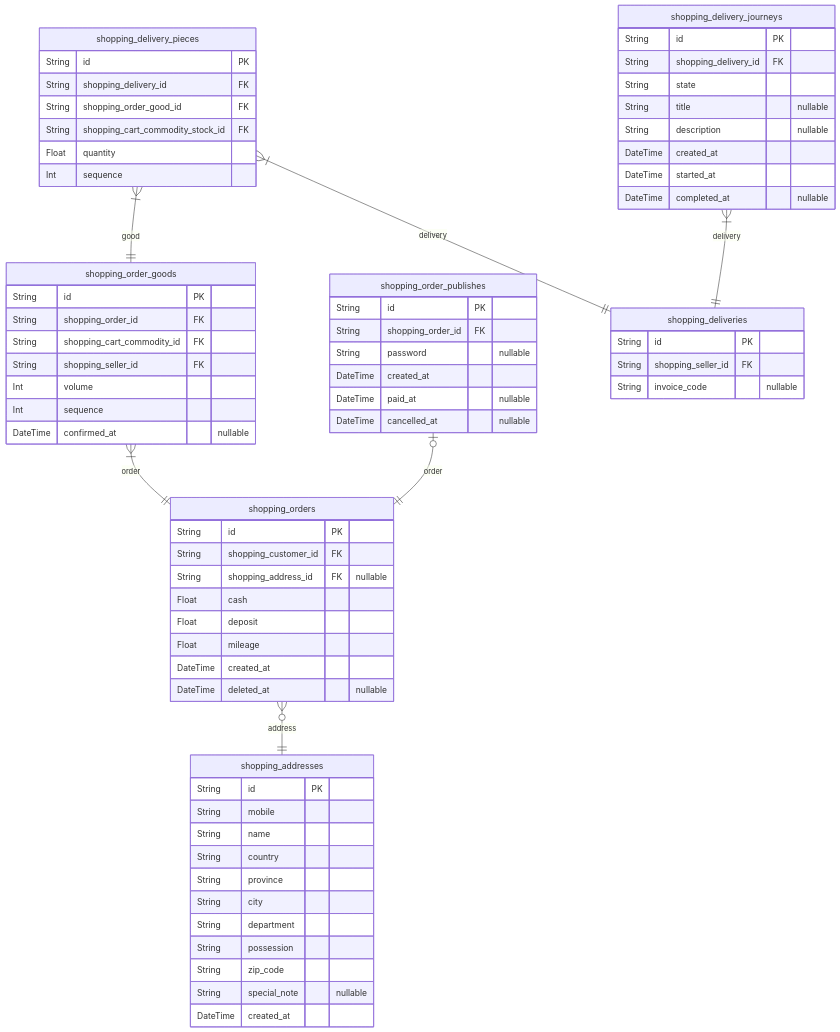
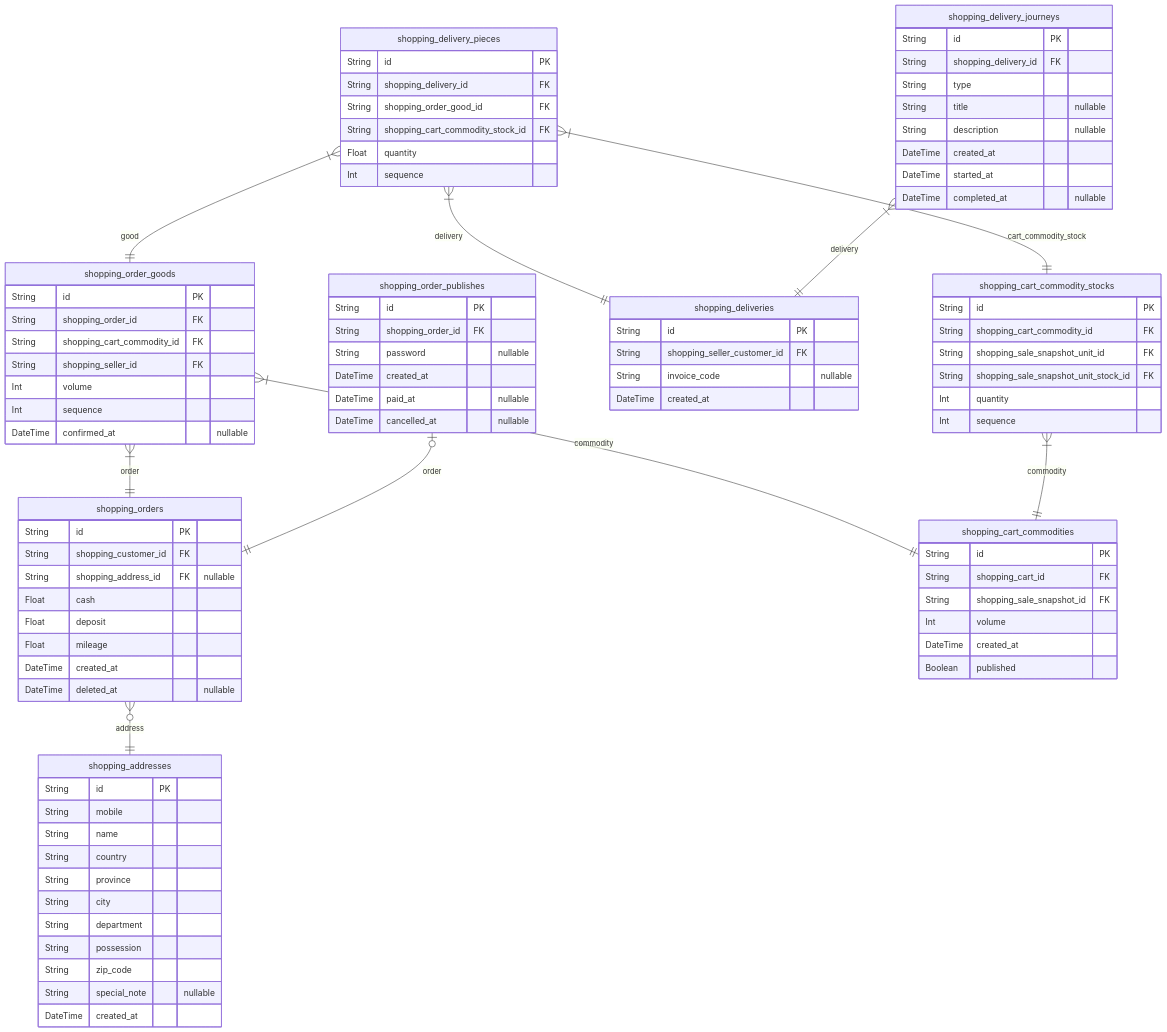
Before and after one commit to samchon/shopping-backend: the seventh of 10 diagrams in docs/ERD.md, drawn with Mermaid. The commit also changed other lines of this file and 27 other files, not shown here.

First line of the commit message:
Revise ERD and starts writing descriptions on DTO.

````diff
--- a/docs/ERD.md
+++ b/docs/ERD.md
@@ -1321,6 +1497,6 @@
 ```mermaid
 erDiagram
-shopping_orders {
+"shopping_orders" {
     String id PK
     String shopping_customer_id FK
     String shopping_address_id FK "nullable"
@@ -1330,7 +1506,7 @@
     DateTime created_at
     DateTime deleted_at "nullable"
 }
-shopping_order_goods {
+"shopping_order_goods" {
     String id PK
     String shopping_order_id FK
     String shopping_cart_commodity_id FK
@@ -1339,7 +1515,7 @@
     Int sequence
     DateTime confirmed_at "nullable"
 }
-shopping_order_publishes {
+"shopping_order_publishes" {
     String id PK
     String shopping_order_id FK
     String password "nullable"
@@ -1347,12 +1523,13 @@
     DateTime paid_at "nullable"
     DateTime cancelled_at "nullable"
 }
-shopping_deliveries {
+"shopping_deliveries" {
     String id PK
-    String shopping_seller_id FK
+    String shopping_seller_customer_id FK
     String invoice_code "nullable"
+    DateTime created_at
 }
-shopping_delivery_pieces {
+"shopping_delivery_pieces" {
     String id PK
     String shopping_delivery_id FK
     String shopping_order_good_id FK
@@ -1360,17 +1537,17 @@
     Float quantity
     Int sequence
 }
-shopping_delivery_journeys {
+"shopping_delivery_journeys" {
     String id PK
     String shopping_delivery_id FK
-    String state
+    String type
     String title "nullable"
     String description "nullable"
     DateTime created_at
     DateTime started_at
     DateTime completed_at "nullable"
 }
-shopping_addresses {
+"shopping_addresses" {
     String id PK
     String mobile
     String name
@@ -1383,10 +1560,29 @@
     String special_note "nullable"
     DateTime created_at
 }
-shopping_orders }o--|| shopping_addresses : address
-shopping_order_goods }|--|| shopping_orders : order
-shopping_order_publishes |o--|| shopping_orders : order
-shopping_delivery_pieces }|--|| shopping_deliveries : delivery
-shopping_delivery_pieces }|--|| shopping_order_goods : good
-shopping_delivery_journeys }|--|| shopping_deliveries : delivery
+"shopping_cart_commodities" {
+    String id PK
+    String shopping_cart_id FK
+    String shopping_sale_snapshot_id FK
+    Int volume
+    DateTime created_at
+    Boolean published
+}
+"shopping_cart_commodity_stocks" {
+    String id PK
+    String shopping_cart_commodity_id FK
+    String shopping_sale_snapshot_unit_id FK
+    String shopping_sale_snapshot_unit_stock_id FK
+    Int quantity
+    Int sequence
+}
+"shopping_orders" }o--|| "shopping_addresses" : address
+"shopping_order_goods" }|--|| "shopping_orders" : order
+"shopping_order_goods" }|--|| "shopping_cart_commodities" : commodity
+"shopping_order_publishes" |o--|| "shopping_orders" : order
+"shopping_delivery_pieces" }|--|| "shopping_deliveries" : delivery
+"shopping_delivery_pieces" }|--|| "shopping_order_goods" : good
+"shopping_delivery_pieces" }|--|| "shopping_cart_commodity_stocks" : cart_commodity_stock
+"shopping_delivery_journeys" }|--|| "shopping_deliveries" : delivery
+"shopping_cart_commodity_stocks" }|--|| "shopping_cart_commodities" : commodity
 ```
````
